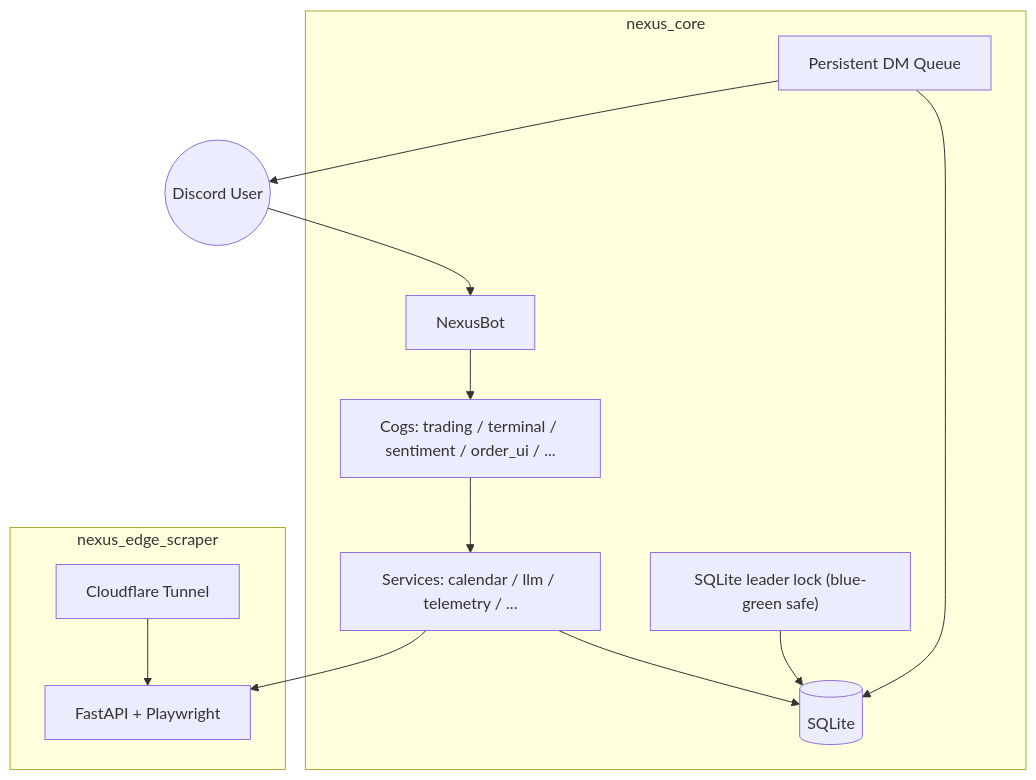
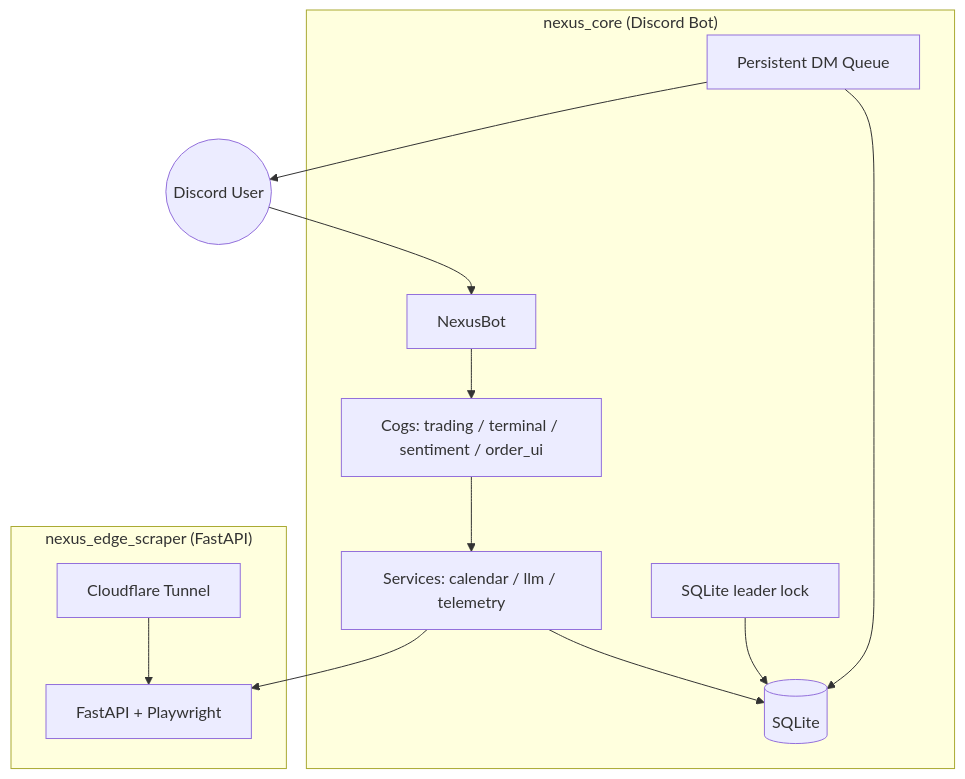
Before and after one commit to cosmo-chang-1701/nexus-seeker: the diagram in README.md, drawn with Mermaid. The commit also changed other lines of this file and 9 other files, not shown here.

````diff
--- a/README.md
+++ b/README.md
@@ -77,29 +32,29 @@
 ```mermaid
 graph TD
     User((Discord User))
 
-    subgraph Core["nexus_core"]
+    subgraph Core["nexus_core (Discord Bot)"]
         Bot["NexusBot"]
-        Cogs["Cogs: trading / terminal / sentiment / order_ui / ..."]
-        Services["Services: calendar / llm / telemetry / ..."]
+        Cogs["Cogs: trading / terminal / sentiment / order_ui"]
+        Services["Services: calendar / llm / telemetry"]
         Queue["Persistent DM Queue"]
-        Leader["SQLite leader lock (blue-green safe)"]
+        Leader["SQLite leader lock"]
         DB[(SQLite)]
     end
 
-    subgraph Edge["nexus_edge_scraper"]
+    subgraph Edge["nexus_edge_scraper (FastAPI)"]
         EdgeAPI["FastAPI + Playwright"]
         Tunnel["Cloudflare Tunnel"]
     end
 
     User --> Bot
     Bot --> Cogs
     Cogs --> Services
     Services --> DB
     Queue --> DB
     Leader --> DB
     Queue --> User
 
     Services --> EdgeAPI
     Tunnel --> EdgeAPI
 ```
````
